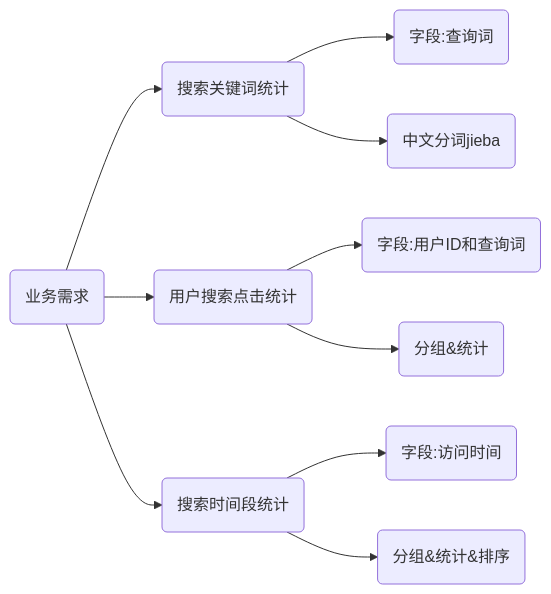
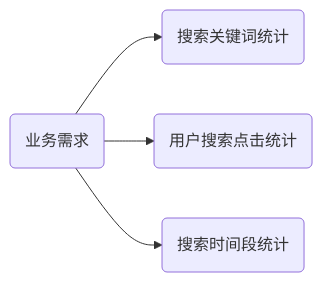
Before and after one commit to cocotwp/cocotwp.github.io: the diagram in _posts/2021-12-15-SparkCore.md, drawn with Mermaid.

````diff
--- a/_posts/2021-12-15-SparkCore.md
+++ b/_posts/2021-12-15-SparkCore.md
@@ -83,12 +83,6 @@
 ```mermaid
 graph LR;
 	A(业务需求)-->B(搜索关键词统计);
 	A-->C(用户搜索点击统计);
 	A-->D(搜索时间段统计);
-	B-->b1(字段:查询词);
-	B-->b2(中文分词jieba);
-	C-->c1(字段:用户ID和查询词);
-	C-->c2(分组&统计);
-	D-->d1(字段:访问时间);
-	D-->d2(分组&统计&排序);
 ```
````
